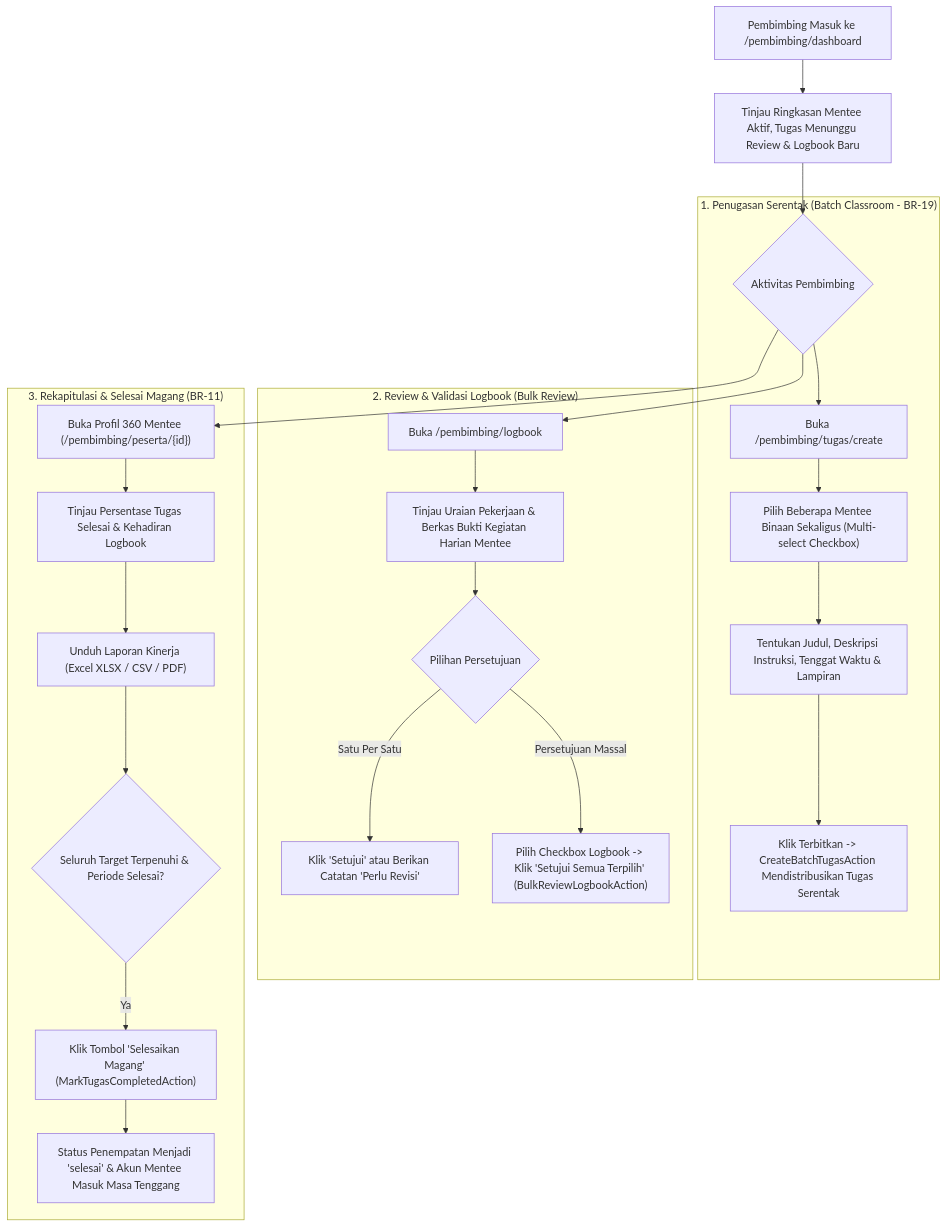
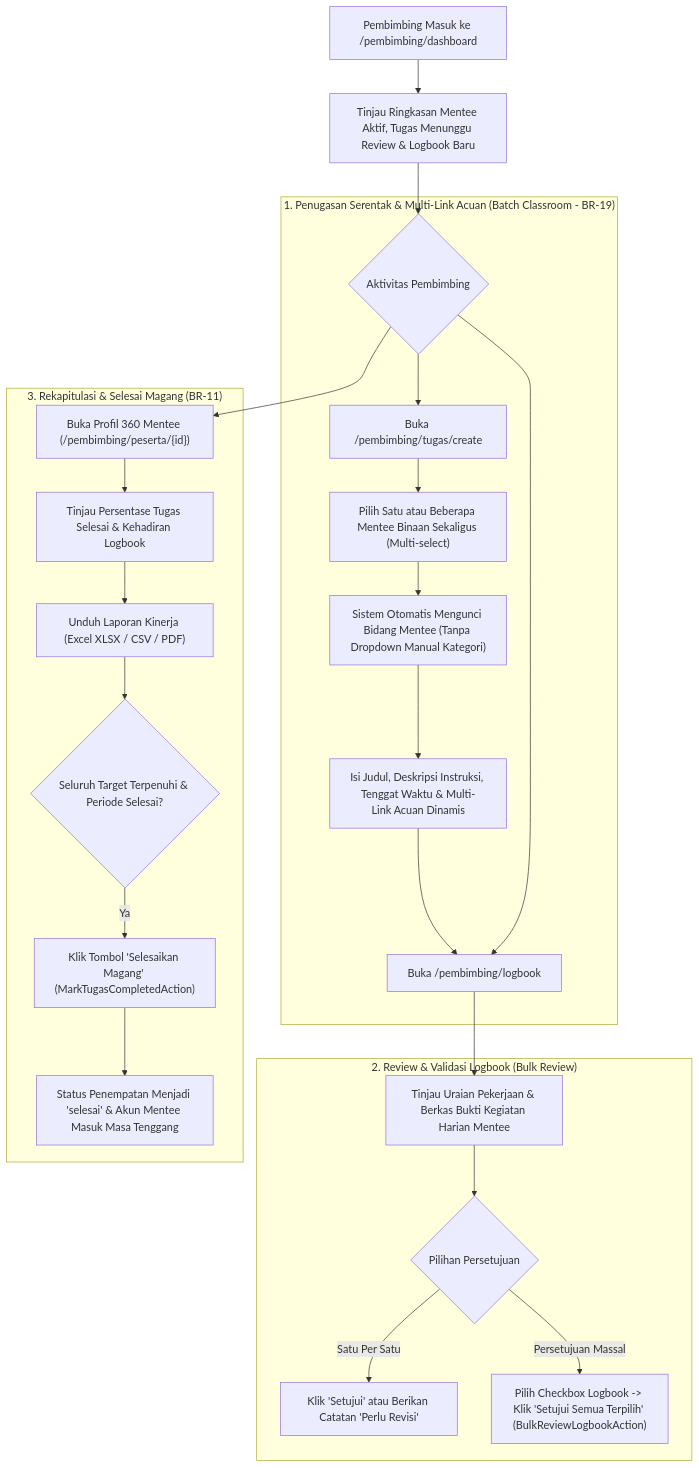
Before and after one commit to EvilAekt/MAGKOM: the diagram in docs/features/mentors.md, drawn with Mermaid. The commit also changed other lines of this file and 10 other files, not shown here.

````diff
--- a/docs/features/mentors.md
+++ b/docs/features/mentors.md
@@ -36,30 +36,31 @@
 ```mermaid
 flowchart TD
     A["Pembimbing Masuk ke /pembimbing/dashboard"] --> B["Tinjau Ringkasan Mentee Aktif, Tugas Menunggu Review & Logbook Baru"]
     
     B --> C{"Aktivitas Pembimbing"}
 
-    subgraph PenugasanBatch ["1. Penugasan Serentak (Batch Classroom - BR-19)"]
+    subgraph PenugasanBatch ["1. Penugasan Serentak & Multi-Link Acuan (Batch Classroom - BR-19)"]
         C --> D["Buka /pembimbing/tugas/create"]
-        D --> E["Pilih Beberapa Mentee Binaan Sekaligus (Multi-select Checkbox)"]
-        E --> F["Tentukan Judul, Deskripsi Instruksi, Tenggat Waktu & Lampiran"]
-        F --> G["Klik Terbitkan -> CreateBatchTugasAction Mendistribusikan Tugas Serentak"]
+        D --> E["Pilih Satu atau Beberapa Mentee Binaan Sekaligus (Multi-select)"]
+        E --> F["Sistem Otomatis Mengunci Bidang Mentee (Tanpa Dropdown Manual Kategori)"]
+        F --> G["Isi Judul, Deskripsi Instruksi, Tenggat Waktu & Multi-Link Acuan Dinamis"]
+        G --> H["Klik Terbitkan -> CreateBatchTugasAction Menyimpan Tugas Serentak"]
     end
 
     subgraph ValidasiLogbook ["2. Review & Validasi Logbook (Bulk Review)"]
         C --> H["Buka /pembimbing/logbook"]
         H --> I["Tinjau Uraian Pekerjaan & Berkas Bukti Kegiatan Harian Mentee"]
         I --> J{"Pilihan Persetujuan"}
         J -- "Satu Per Satu" --> K["Klik 'Setujui' atau Berikan Catatan 'Perlu Revisi'"]
         J -- "Persetujuan Massal" --> L["Pilih Checkbox Logbook -> Klik 'Setujui Semua Terpilih' (BulkReviewLogbookAction)"]
     end
 
     subgraph EvaluasiKinerja ["3. Rekapitulasi & Selesai Magang (BR-11)"]
         C --> M["Buka Profil 360 Mentee (/pembimbing/peserta/{id})"]
         M --> N["Tinjau Persentase Tugas Selesai & Kehadiran Logbook"]
         N --> O["Unduh Laporan Kinerja (Excel XLSX / CSV / PDF)"]
         O --> P{"Seluruh Target Terpenuhi & Periode Selesai?"}
         P -- "Ya" --> Q["Klik Tombol 'Selesaikan Magang' (MarkTugasCompletedAction)"]
         Q --> R["Status Penempatan Menjadi 'selesai' & Akun Mentee Masuk Masa Tenggang"]
     end
 ```
````
